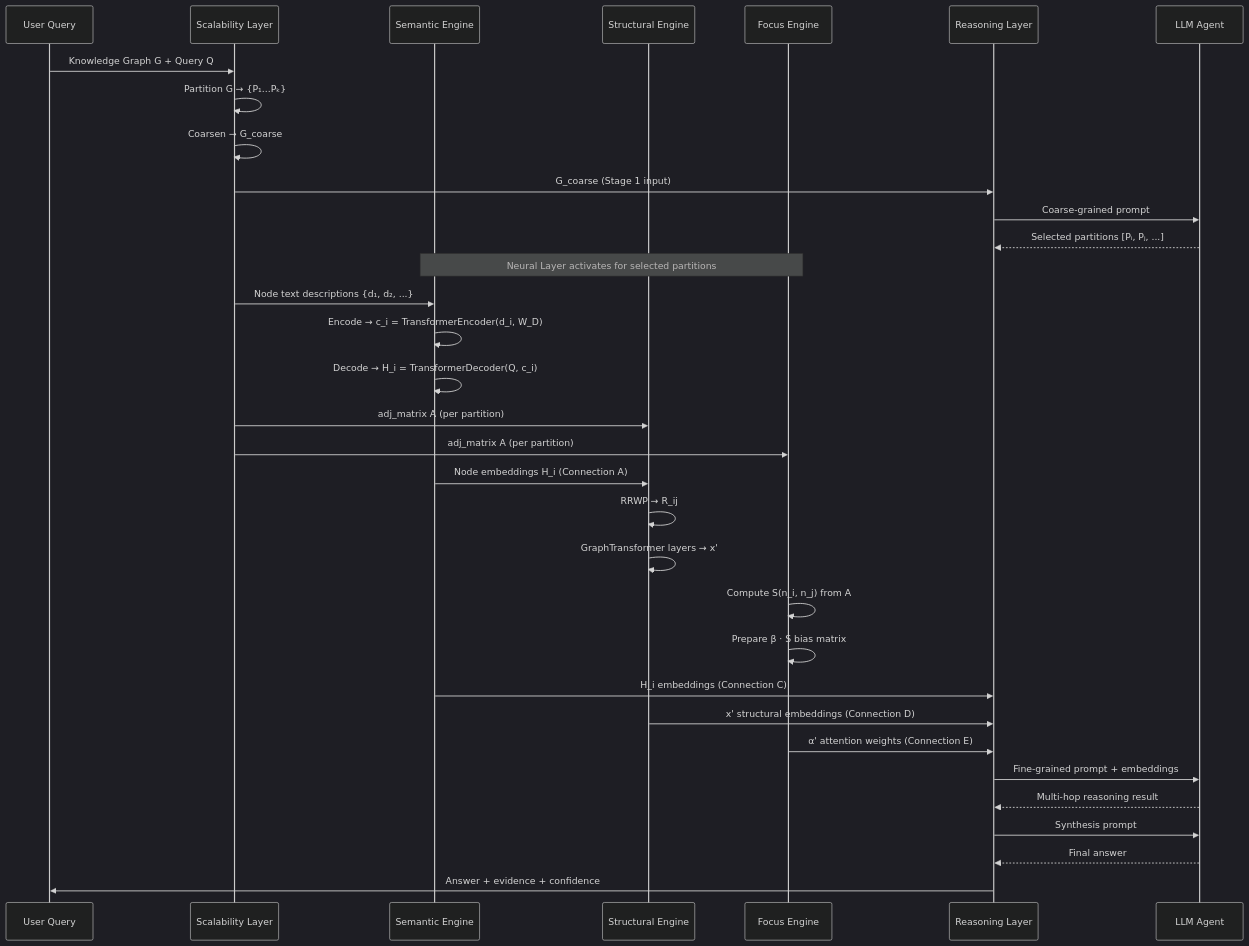
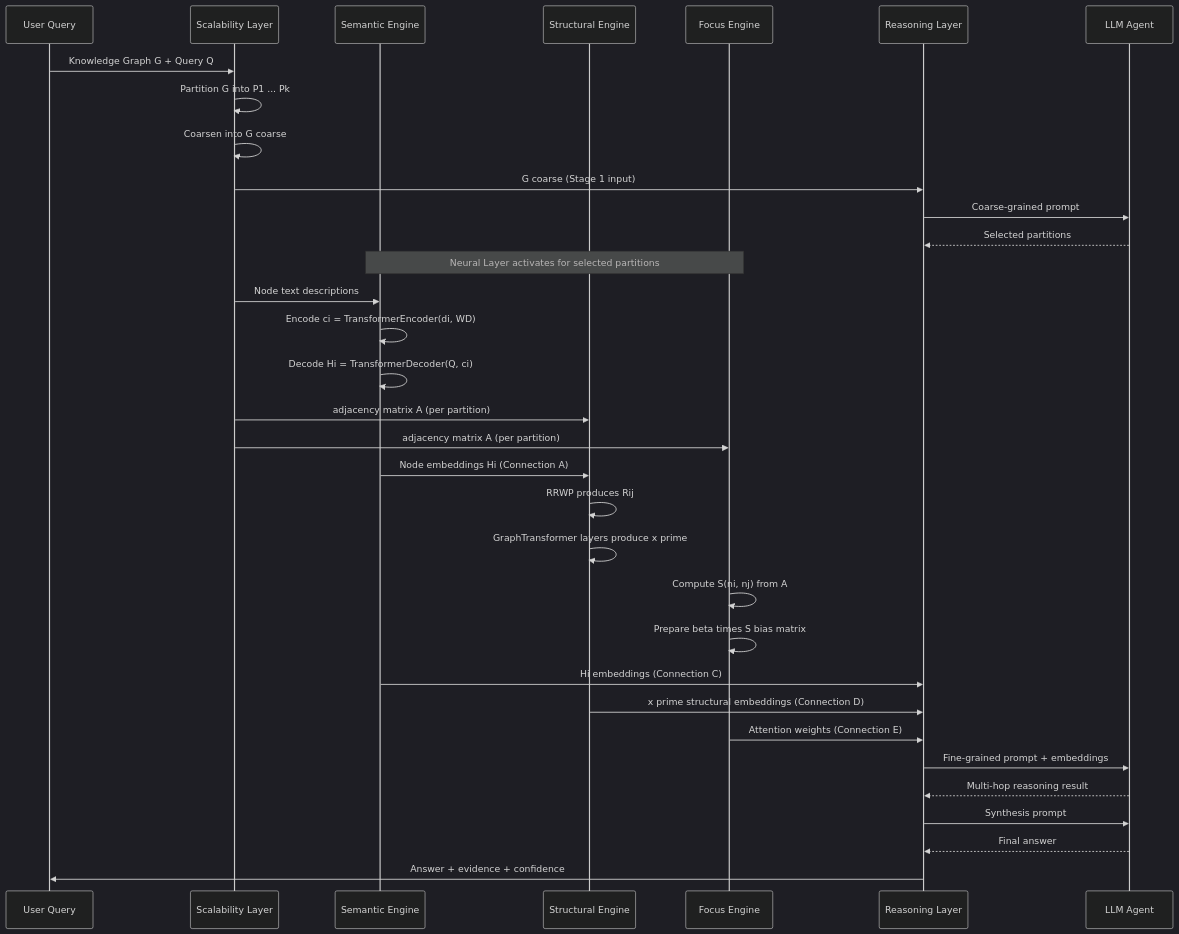
One commit to robguilarr/s-graphllm changed the seventh of 7 diagrams in docs/methodology/engine_integration.md. Above: the diagram before and after it, drawn with Mermaid (dark theme). The commit also changed other lines of this file and 3 other files, not shown here.

Commit message:
Mermaid update

````diff
--- a/docs/methodology/engine_integration.md
+++ b/docs/methodology/engine_integration.md
@@ -349,44 +335,44 @@
 ```mermaid
 sequenceDiagram
     participant User as User Query
     participant Scal as Scalability Layer
     participant Sem as Semantic Engine
     participant Struct as Structural Engine
     participant Focus as Focus Engine
     participant Reason as Reasoning Layer
     participant LLM as LLM Agent
 
     User->>Scal: Knowledge Graph G + Query Q
-    Scal->>Scal: Partition G → {P₁...Pₖ}
-    Scal->>Scal: Coarsen → G_coarse
+    Scal->>Scal: Partition G into P1 ... Pk
+    Scal->>Scal: Coarsen into G coarse
 
-    Scal->>Reason: G_coarse (Stage 1 input)
+    Scal->>Reason: G coarse (Stage 1 input)
     Reason->>LLM: Coarse-grained prompt
-    LLM-->>Reason: Selected partitions [Pᵢ, Pⱼ, ...]
+    LLM-->>Reason: Selected partitions
 
     Note over Sem,Focus: Neural Layer activates for selected partitions
 
-    Scal->>Sem: Node text descriptions {d₁, d₂, ...}
-    Sem->>Sem: Encode → c_i = TransformerEncoder(d_i, W_D)
-    Sem->>Sem: Decode → H_i = TransformerDecoder(Q, c_i)
+    Scal->>Sem: Node text descriptions
+    Sem->>Sem: Encode ci = TransformerEncoder(di, WD)
+    Sem->>Sem: Decode Hi = TransformerDecoder(Q, ci)
 
-    Scal->>Struct: adj_matrix A (per partition)
-    Scal->>Focus: adj_matrix A (per partition)
+    Scal->>Struct: adjacency matrix A (per partition)
+    Scal->>Focus: adjacency matrix A (per partition)
 
-    Sem->>Struct: Node embeddings H_i (Connection A)
-    Struct->>Struct: RRWP → R_ij
-    Struct->>Struct: GraphTransformer layers → x'
+    Sem->>Struct: Node embeddings Hi (Connection A)
+    Struct->>Struct: RRWP produces Rij
+    Struct->>Struct: GraphTransformer layers produce x prime
 
-    Focus->>Focus: Compute S(n_i, n_j) from A
-    Focus->>Focus: Prepare β · S bias matrix
+    Focus->>Focus: Compute S(ni, nj) from A
+    Focus->>Focus: Prepare beta times S bias matrix
 
-    Sem->>Reason: H_i embeddings (Connection C)
-    Struct->>Reason: x' structural embeddings (Connection D)
-    Focus->>Reason: α' attention weights (Connection E)
+    Sem->>Reason: Hi embeddings (Connection C)
+    Struct->>Reason: x prime structural embeddings (Connection D)
+    Focus->>Reason: Attention weights (Connection E)
 
     Reason->>LLM: Fine-grained prompt + embeddings
     LLM-->>Reason: Multi-hop reasoning result
     Reason->>LLM: Synthesis prompt
     LLM-->>Reason: Final answer
     Reason->>User: Answer + evidence + confidence
 ```
````
